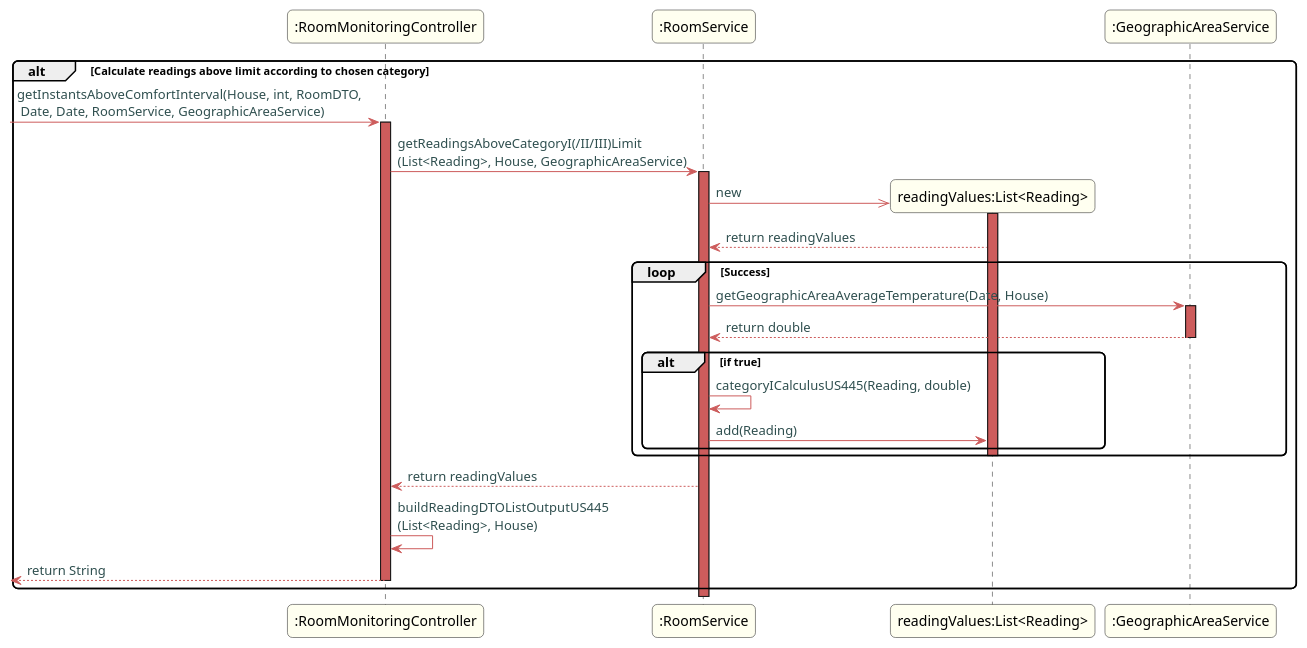
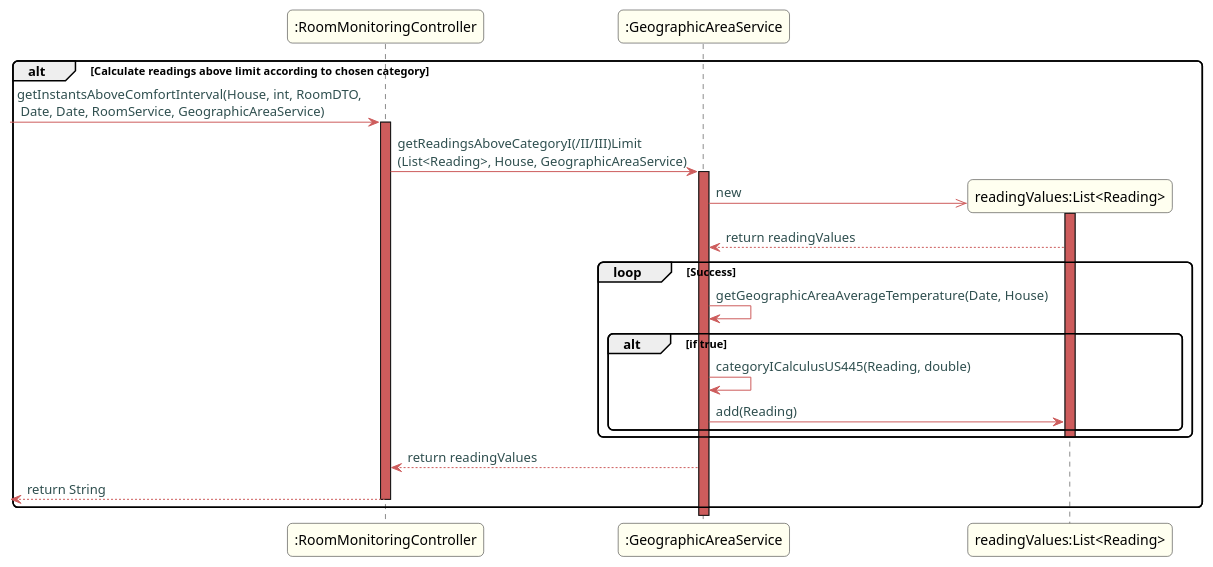
One commit to Almadanmp/project changed the diagram in src/doc/Controllers/RoomMonitoring/US445/US445_sd_Category.puml. Above: the diagram before and after it, drawn with PlantUML. The commit also changed 2 other files, not shown here.

Commit message:
REF #259 - Sub-Issue: Add US445 Sequence Diagram and Class Diagram
Fix UMLs.

```diff
--- a/src/doc/Controllers/RoomMonitoring/US445/US445_sd_Category.puml
+++ b/src/doc/Controllers/RoomMonitoring/US445/US445_sd_Category.puml
@@ -1,49 +1,43 @@
 @startuml
 skinparam titleBorderRoundCorner 10
 skinparam titleBorderThickness 3
 skinparam titleBorderColor indianred
 skinparam titleBackgroundColor ivory
 skinparam FontName quicksand
 
  skinparam sequence {
  	LifeLineBackgroundColor indianred
  	ParticipantBackgroundColor ivory
  }
 
  skinparam roundcorner 10
 
  skinparam component {
    arrowThickness 1
    ArrowFontName Verdana
    ArrowColor indianred
    ArrowFontColor darkslategrey
  }
 
 alt Calculate readings above limit according to chosen category
-
 ->":RoomMonitoringController": getInstantsAboveComfortInterval(House, int, RoomDTO,\n Date, Date, RoomService, GeographicAreaService)
 activate ":RoomMonitoringController"
-":RoomMonitoringController" -> ":RoomService": getReadingsAboveCategoryI(/II/III)Limit\n(List<Reading>, House, GeographicAreaService)
-activate ":RoomService"
+":RoomMonitoringController" -> ":GeographicAreaService": getReadingsAboveCategoryI(/II/III)Limit\n(List<Reading>, House, GeographicAreaService)
+activate ":GeographicAreaService"
 create "readingValues:List<Reading>"
-":RoomService" ->> "readingValues:List<Reading>": new
+":GeographicAreaService" ->> "readingValues:List<Reading>": new
 activate "readingValues:List<Reading>"
-"readingValues:List<Reading>" --> ":RoomService": return readingValues
+"readingValues:List<Reading>" --> ":GeographicAreaService": return readingValues
 loop Success
-":RoomService"-> ":GeographicAreaService": getGeographicAreaAverageTemperature(Date, House)
-activate ":GeographicAreaService"
-":GeographicAreaService" --> ":RoomService": return double
-deactivate ":GeographicAreaService"
+":GeographicAreaService"-> ":GeographicAreaService": getGeographicAreaAverageTemperature(Date, House)
 alt if true
-":RoomService" -> ":RoomService":categoryICalculusUS445(Reading, double)
-":RoomService" -> "readingValues:List<Reading>": add(Reading)
-
+":GeographicAreaService" -> ":GeographicAreaService":categoryICalculusUS445(Reading, double)
+":GeographicAreaService" -> "readingValues:List<Reading>": add(Reading)
 end
 deactivate "readingValues:List<Reading>"
 end
-":RoomService" --> ":RoomMonitoringController": return readingValues
-":RoomMonitoringController" -> ":RoomMonitoringController": buildReadingDTOListOutputUS445\n(List<Reading>, House)
+":GeographicAreaService" --> ":RoomMonitoringController": return readingValues
 <--":RoomMonitoringController": return String
 deactivate ":RoomMonitoringController"
 end
 @enduml
```
